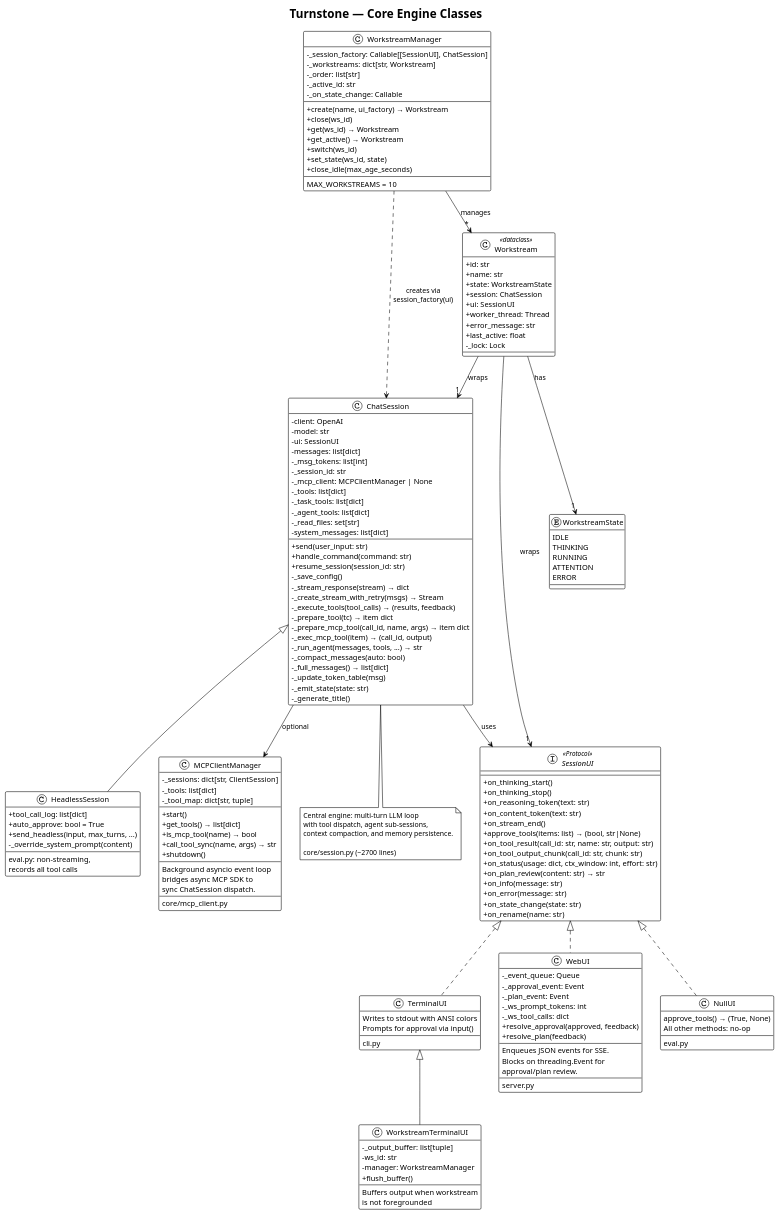
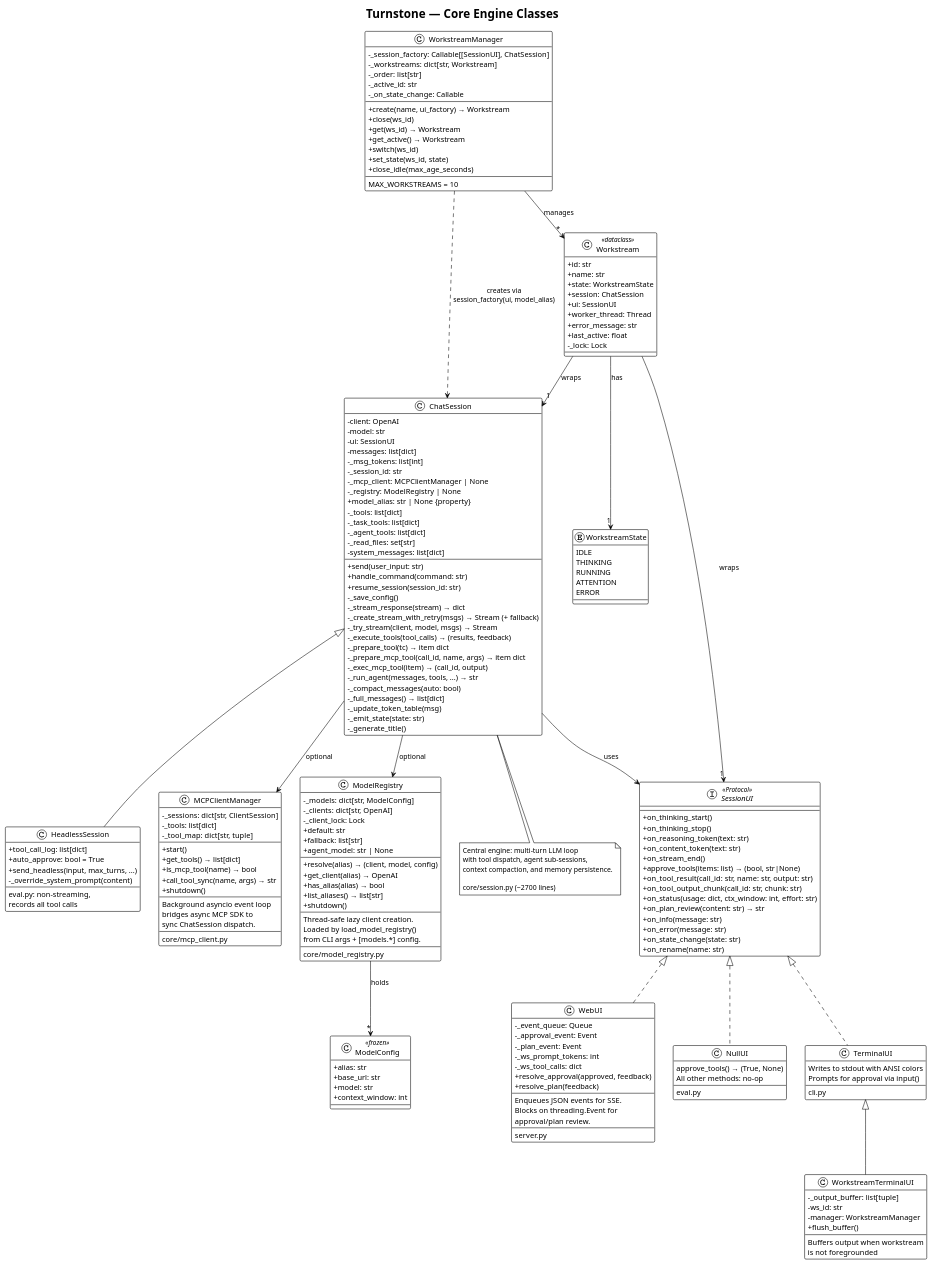
The diagram in docs/diagrams/03-core-engine-classes.puml (turnstonelabs/turnstone), drawn with PlantUML before and after one commit. The commit also changed 21 other files, not shown here.

First line of the commit message:
Add multi-model support with ModelRegistry, fallback routing, and per… (#9)

```diff
--- a/docs/diagrams/03-core-engine-classes.puml
+++ b/docs/diagrams/03-core-engine-classes.puml
@@ -72,6 +72,8 @@
     - _msg_tokens: list[int]
     - _session_id: str
     - _mcp_client: MCPClientManager | None
+    - _registry: ModelRegistry | None
+    + model_alias: str | None {property}
     - _tools: list[dict]
     - _task_tools: list[dict]
     - _agent_tools: list[dict]
@@ -83,7 +85,8 @@
     + resume_session(session_id: str)
     - _save_config()
     - _stream_response(stream) → dict
-    - _create_stream_with_retry(msgs) → Stream
+    - _create_stream_with_retry(msgs) → Stream (+ fallback)
+    - _try_stream(client, model, msgs) → Stream
     - _execute_tools(tool_calls) → (results, feedback)
     - _prepare_tool(tc) → item dict
     - _prepare_mcp_tool(call_id, name, args) → item dict
@@ -167,6 +170,35 @@
     core/mcp_client.py
 }
 
+' ModelRegistry
+class "ModelRegistry" as ModelReg {
+    - _models: dict[str, ModelConfig]
+    - _clients: dict[str, OpenAI]
+    - _client_lock: Lock
+    + default: str
+    + fallback: list[str]
+    + agent_model: str | None
+    --
+    + resolve(alias) → (client, model, config)
+    + get_client(alias) → OpenAI
+    + has_alias(alias) → bool
+    + list_aliases() → list[str]
+    + shutdown()
+    --
+    Thread-safe lazy client creation.
+    Loaded by load_model_registry()
+    from CLI args + [models.*] config.
+    --
+    core/model_registry.py
+}
+
+class "ModelConfig" as ModelCfg <<frozen>> {
+    + alias: str
+    + base_url: str
+    + model: str
+    + context_window: int
+}
+
 ' Relationships
 SessionUI <|.. TerminalUI
 TerminalUI <|-- WsTermUI
@@ -175,6 +207,7 @@
 
 ChatSession --> SessionUI : uses
 ChatSession --> MCPMgr : optional
+ChatSession --> ModelReg : optional
 ChatSession <|-- HeadlessSession
 
 WsMgr --> "*" Ws : manages
@@ -182,7 +215,9 @@
 Ws --> "1" SessionUI : wraps
 Ws --> "1" WsState : has
 
-WsMgr ..> ChatSession : creates via\nsession_factory(ui)
+WsMgr ..> ChatSession : creates via\nsession_factory(ui, model_alias)
+
+ModelReg --> "*" ModelCfg : holds
 
 note bottom of ChatSession
   Central engine: multi-turn LLM loop
```
